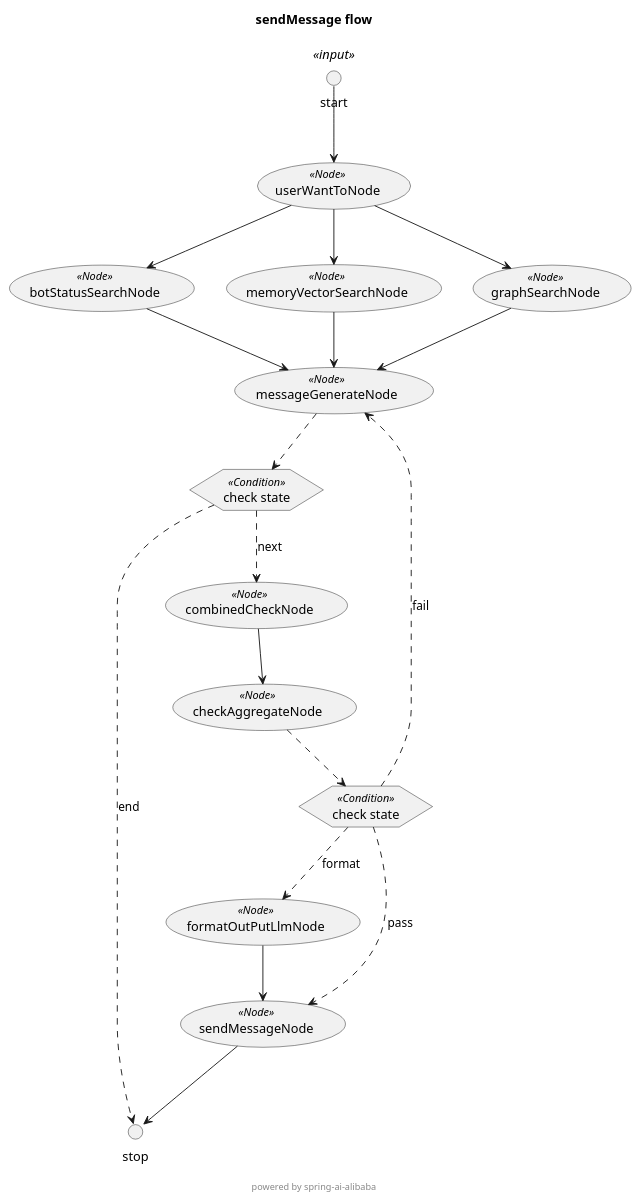
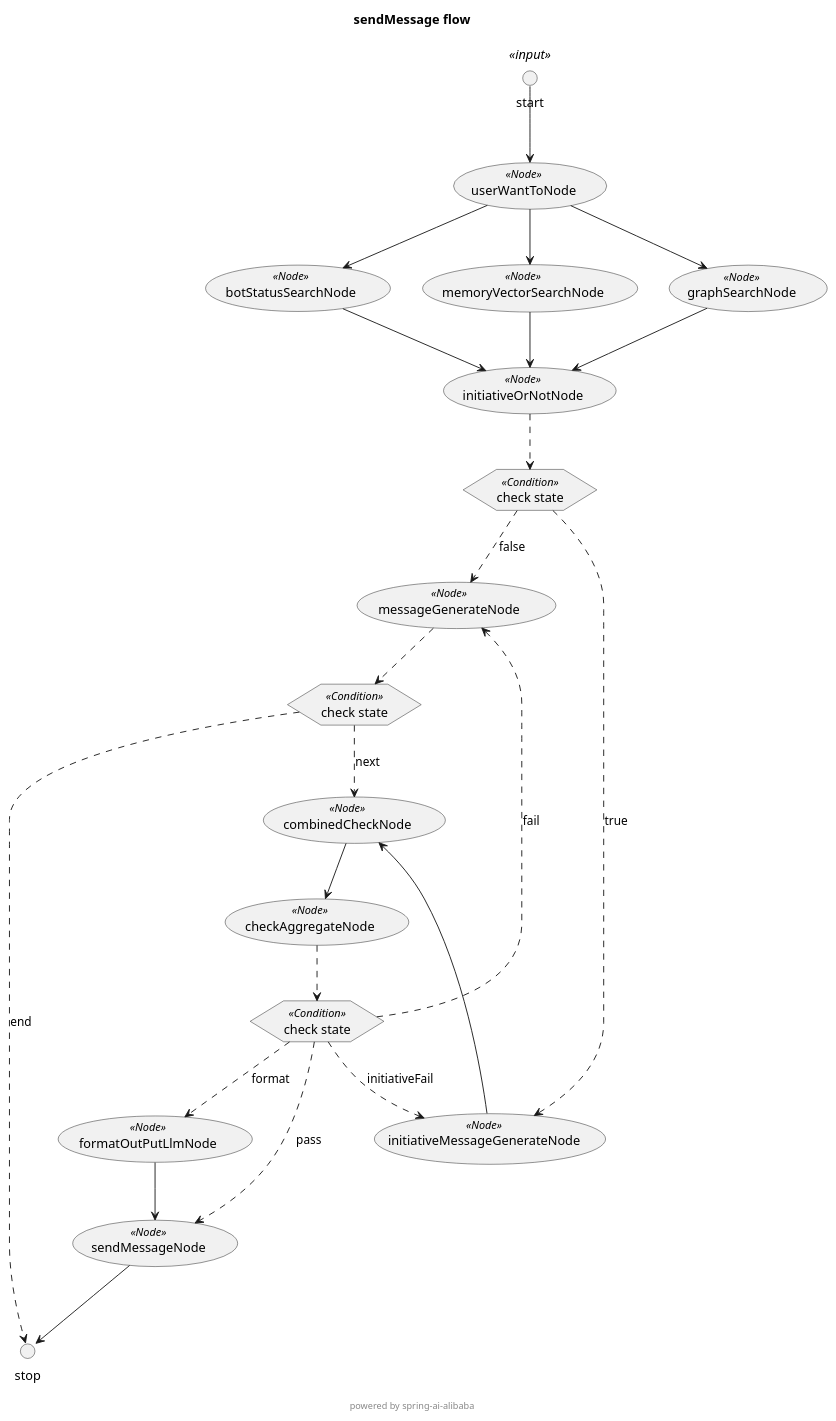
Before and after one commit to Huhanzhao/ehuman: the diagram in anyfriend-core/src/main/resources/puml/sendMessage.puml, drawn with PlantUML. The commit also changed 12 other files, not shown here.

```diff
--- a/anyfriend-core/src/main/resources/puml/sendMessage.puml
+++ b/anyfriend-core/src/main/resources/puml/sendMessage.puml
@@ -1,46 +1,57 @@
 @startuml sendMessage_flow
 skinparam usecaseFontSize 14
 skinparam usecaseStereotypeFontSize 12
 skinparam hexagonFontSize 14
 skinparam hexagonStereotypeFontSize 12
 title "sendMessage flow"
 footer
 
 powered by spring-ai-alibaba
 end footer
 circle start<<input>> as __START__
 circle stop as __END__
 usecase "userWantToNode"<<Node>>
 usecase "messageGenerateNode"<<Node>>
+usecase "initiativeMessageGenerateNode"<<Node>>
 usecase "formatOutPutLlmNode"<<Node>>
 usecase "botStatusSearchNode"<<Node>>
 usecase "memoryVectorSearchNode"<<Node>>
 usecase "graphSearchNode"<<Node>>
+usecase "initiativeOrNotNode"<<Node>>
 usecase "combinedCheckNode"<<Node>>
 usecase "checkAggregateNode"<<Node>>
 usecase "sendMessageNode"<<Node>>
 hexagon "check state" as condition1<<Condition>>
 hexagon "check state" as condition2<<Condition>>
+hexagon "check state" as condition3<<Condition>>
 "__START__" -down-> "userWantToNode"
 "userWantToNode" -down-> "botStatusSearchNode"
 "userWantToNode" -down-> "memoryVectorSearchNode"
 "userWantToNode" -down-> "graphSearchNode"
-"botStatusSearchNode" -down-> "messageGenerateNode"
-"memoryVectorSearchNode" -down-> "messageGenerateNode"
-"graphSearchNode" -down-> "messageGenerateNode"
-"messageGenerateNode" .down.> "condition1"
-"condition1" .down.> "__END__": "end"
+"botStatusSearchNode" -down-> "initiativeOrNotNode"
+"memoryVectorSearchNode" -down-> "initiativeOrNotNode"
+"graphSearchNode" -down-> "initiativeOrNotNode"
+"initiativeOrNotNode" .down.> "condition1"
+"condition1" .down.> "messageGenerateNode": "false"
+'"initiativeOrNotNode" .down.> "messageGenerateNode": "false"
+"condition1" .down.> "initiativeMessageGenerateNode": "true"
+'"initiativeOrNotNode" .down.> "initiativeMessageGenerateNode": "true"
+"initiativeMessageGenerateNode" -down-> "combinedCheckNode"
+"messageGenerateNode" .down.> "condition2"
+"condition2" .down.> "__END__": "end"
 '"messageGenerateNode" .down.> "__END__": "end"
-"condition1" .down.> "combinedCheckNode": "next"
+"condition2" .down.> "combinedCheckNode": "next"
 '"messageGenerateNode" .down.> "combinedCheckNode": "next"
 "combinedCheckNode" -down-> "checkAggregateNode"
-"checkAggregateNode" .down.> "condition2"
-"condition2" .down.> "formatOutPutLlmNode": "format"
+"checkAggregateNode" .down.> "condition3"
+"condition3" .down.> "formatOutPutLlmNode": "format"
 '"checkAggregateNode" .down.> "formatOutPutLlmNode": "format"
-"condition2" .down.> "messageGenerateNode": "fail"
+"condition3" .down.> "messageGenerateNode": "fail"
 '"checkAggregateNode" .down.> "messageGenerateNode": "fail"
-"condition2" .down.> "sendMessageNode": "pass"
+"condition3" .down.> "initiativeMessageGenerateNode": "initiativeFail"
+'"checkAggregateNode" .down.> "initiativeMessageGenerateNode": "initiativeFail"
+"condition3" .down.> "sendMessageNode": "pass"
 '"checkAggregateNode" .down.> "sendMessageNode": "pass"
 "formatOutPutLlmNode" -down-> "sendMessageNode"
 "sendMessageNode" -down-> "__END__"
 @enduml
```
